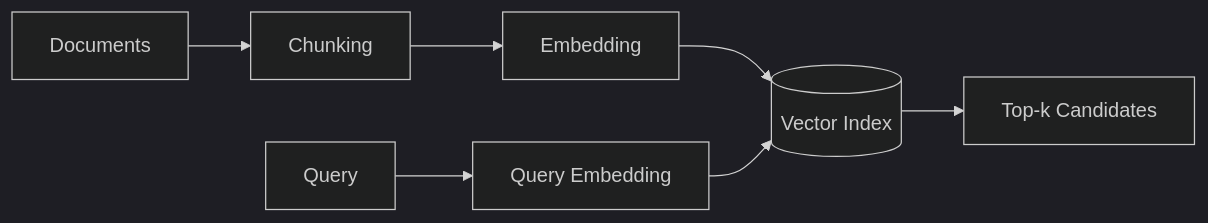
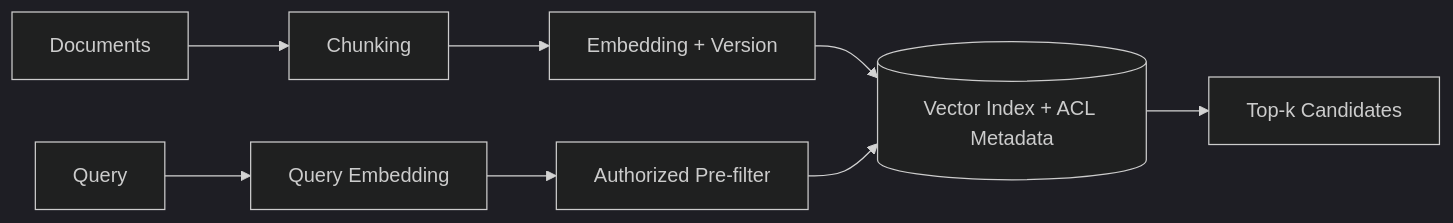
Before and after one commit to hyeongseoblim/systemdesign: the diagram in apps/api/src/main/resources/content/ai-04-embedding-vector-search.md, drawn with Mermaid (dark theme). The commit also changed other lines of this file and 96 other files, not shown here.

````diff
--- a/apps/api/src/main/resources/content/ai-04-embedding-vector-search.md
+++ b/apps/api/src/main/resources/content/ai-04-embedding-vector-search.md
@@ -23,9 +23,10 @@
 ```mermaid
 flowchart LR
     D[Documents] --> C[Chunking]
-    C --> E[Embedding]
-    E --> V[(Vector Index)]
+    C --> E[Embedding + Version]
+    E --> V[(Vector Index + ACL Metadata)]
     Q[Query] --> QE[Query Embedding]
-    QE --> V
+    QE --> F[Authorized Pre-filter]
+    F --> V
     V --> K[Top-k Candidates]
 ```
````
